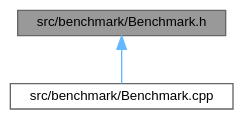
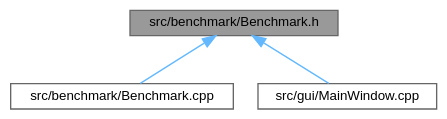
One commit to wwerniss/aes-encryptor changed the diagram in Benchmark_8h__dep__incl.dot. Above: the diagram before and after it, drawn with Graphviz. The commit also changed 86 other files, not shown here.

```diff
--- a/Benchmark_8h__dep__incl.dot
+++ b/Benchmark_8h__dep__incl.dot
@@ -1,10 +1,12 @@
 digraph "src/benchmark/Benchmark.h"
 {
  // LATEX_PDF_SIZE
   bgcolor="transparent";
   edge [fontname=Helvetica,fontsize=10,labelfontname=Helvetica,labelfontsize=10];
   node [fontname=Helvetica,fontsize=10,shape=box,height=0.2,width=0.4];
   Node1 [id="Node000001",label="src/benchmark/Benchmark.h",height=0.2,width=0.4,color="gray40", fillcolor="grey60", style="filled", fontcolor="black",tooltip=" "];
   Node1 -> Node2 [id="edge1_Node000001_Node000002",dir="back",color="steelblue1",style="solid",tooltip=" "];
   Node2 [id="Node000002",label="src/benchmark/Benchmark.cpp",height=0.2,width=0.4,color="grey40", fillcolor="white", style="filled",URL="$Benchmark_8cpp.html",tooltip=" "];
+  Node1 -> Node3 [id="edge2_Node000001_Node000003",dir="back",color="steelblue1",style="solid",tooltip=" "];
+  Node3 [id="Node000003",label="src/gui/MainWindow.cpp",height=0.2,width=0.4,color="grey40", fillcolor="white", style="filled",URL="$MainWindow_8cpp.html",tooltip=" "];
 }
```
